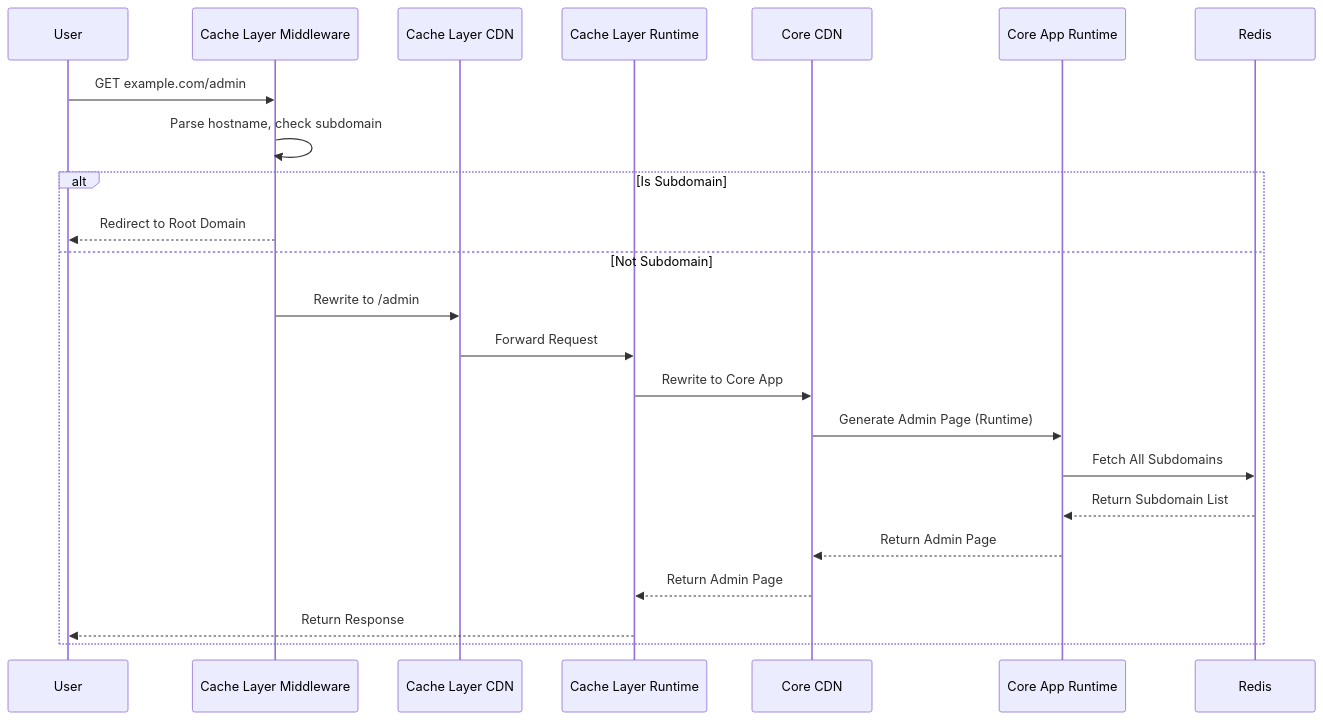
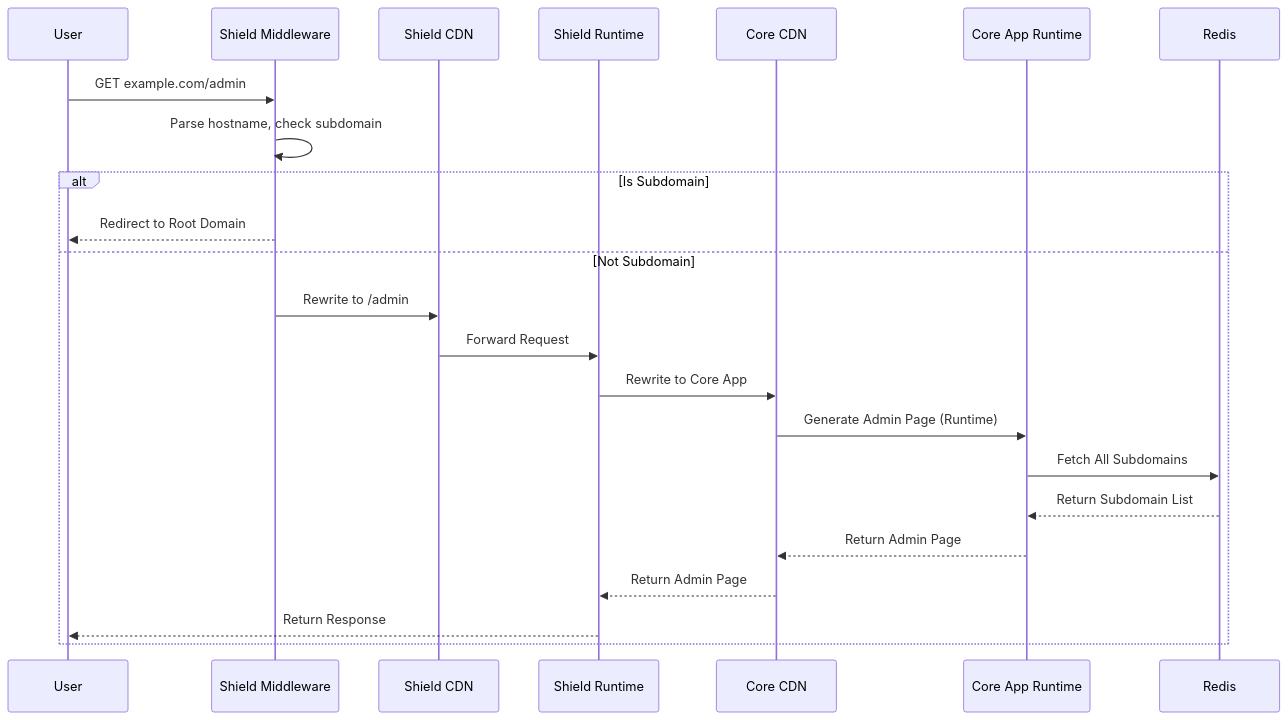
The third of 4 diagrams in docs/ARCHITECTURE.md (vercel-labs/isr-platform-shield), drawn with Mermaid before and after one commit. The commit also changed other lines of this file and 17 other files, not shown here.

Commit message:
cache-layer -> shield

````diff
--- a/docs/ARCHITECTURE.md
+++ b/docs/ARCHITECTURE.md
@@ -97,26 +97,26 @@
 ```mermaid
 sequenceDiagram
     participant U as User
-    participant VCL_MW as Cache Layer Middleware
-    participant VCL as Cache Layer CDN
-    participant VCL_RT as Cache Layer Runtime
+    participant VCL_MW as Shield Middleware
+    participant VCL as Shield CDN
+    participant VCL_RT as Shield Runtime
     participant VCA as Core CDN
     participant VCA_RT as Core App Runtime
     participant R as Redis
 
     U->>VCL_MW: GET example.com/admin
     VCL_MW->>VCL_MW: Parse hostname, check subdomain
     alt Is Subdomain
         VCL_MW-->>U: Redirect to Root Domain
     else Not Subdomain
         VCL_MW->>VCL: Rewrite to /admin
         VCL->>VCL_RT: Forward Request
         VCL_RT->>VCA: Rewrite to Core App
         VCA->>VCA_RT: Generate Admin Page (Runtime)
         VCA_RT->>R: Fetch All Subdomains
         R-->>VCA_RT: Return Subdomain List
         VCA_RT-->>VCA: Return Admin Page
         VCA-->>VCL_RT: Return Admin Page
         VCL_RT-->>U: Return Response
     end
 ```
````
